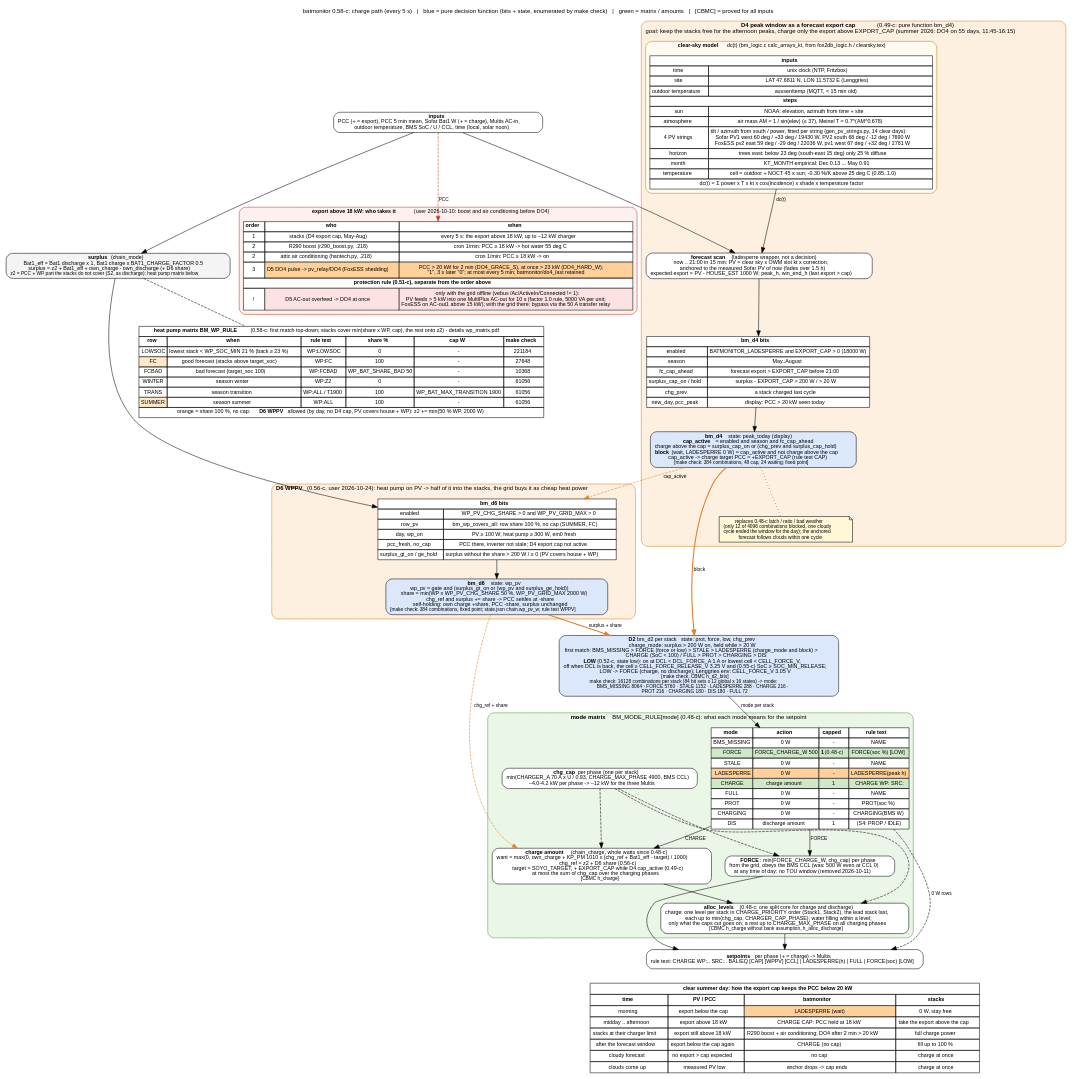
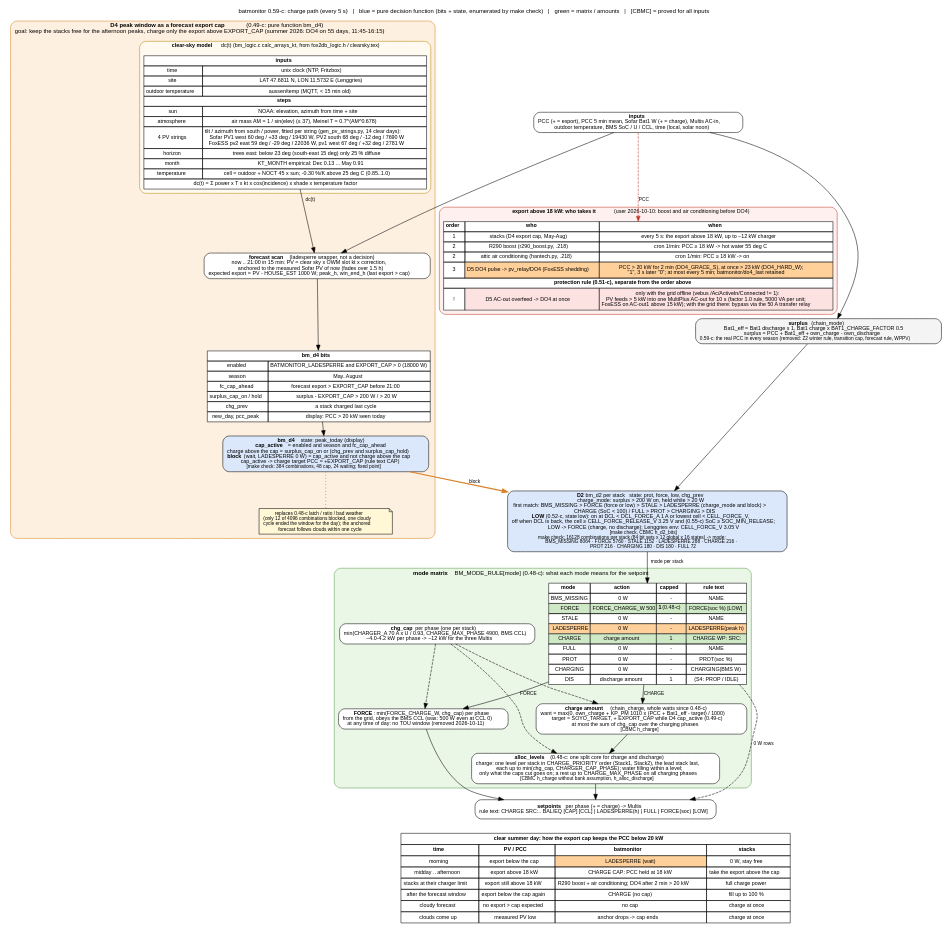
Before and after one commit to gerontec/victron: the diagram in docs/charge_flow.dot, drawn with Graphviz. The commit also changed 23 other files, not shown here.

First line of the commit message:
batmonitor 0.59-c: PCC near 0 in every season - removed the Z2 winter rule, the transition cap, the forecast rule with its bad-forecast cap, WPPV, WP_CAP and B1W; kept WP_SOC_MIN (21 %) as a discharge-only rule (WPLOW, SRC WPG at night)

```diff
--- a/docs/charge_flow.dot
+++ b/docs/charge_flow.dot
@@ -1,45 +1,18 @@
-// batmonitor 0.58-c: charge path of one cycle as decision matrices, with the summer peak window (D4 LADESPERRE)
+// batmonitor 0.59-c: charge path of one cycle as decision matrices, with the summer peak window (D4 LADESPERRE)
 // that keeps the stacks free in the morning so they take the midday PV and the PCC export stays below 20 kW.
 // render: dot -Tpdf charge_flow.dot -o charge_flow.pdf   (or -Tpng)
 digraph charge {
 	graph [rankdir=TB, fontname="Helvetica", fontsize=11, nodesep=0.35, ranksep=0.35, newrank=true,
-		   label="batmonitor 0.58-c: charge path (every 5 s)   |   blue = pure decision function (bits + state, enumerated by make check)   |   green = matrix / amounts   |   [CBMC] = proved for all inputs",
+		   label="batmonitor 0.59-c: charge path (every 5 s)   |   blue = pure decision function (bits + state, enumerated by make check)   |   green = matrix / amounts   |   [CBMC] = proved for all inputs",
 		   labelloc=t];
 	node [shape=box, style="rounded,filled", fillcolor="#f4f4f4", fontname="Helvetica", fontsize=10];
 	edge [fontname="Helvetica", fontsize=9];
 
 	in [label=<<b>inputs</b><br/>PCC (+ = export), PCC 5 min mean, Sofar Bat1 W (+ = charge), Multis AC-in,<br/>outdoor temperature, BMS SoC / U / CCL, time (local, solar noon)>, fillcolor="#ffffff"];
 
-	surplus [label=<<b>surplus</b> (chain_mode)<br/>Bat1_eff = Bat1 discharge x 1, Bat1 charge x BAT1_CHARGE_FACTOR 0.5<br/>surplus = z2 + Bat1_eff + own_charge - own_discharge (+ D6 share)<br/><font point-size="9">z2 = PCC + WP part the stacks do not cover (S2, as discharge): heat pump matrix below</font>>];
+	surplus [label=<<b>surplus</b> (chain_mode)<br/>Bat1_eff = Bat1 discharge x 1, Bat1 charge x BAT1_CHARGE_FACTOR 0.5<br/>surplus = PCC + Bat1_eff + own_charge - own_discharge<br/><font point-size="9">0.59-c: the real PCC in every season (removed: Z2 winter rule, transition cap, forecast rule, WPPV)</font>>];
 
-	subgraph cluster_d6 {
-		label=<<b>D6 WPPV</b> (0.56-c, user 2026-10-24): heat pump on PV -&gt; half of it into the stacks, the grid buys it as cheap heat power>;
-		style="rounded,filled"; fillcolor="#fdf0e0"; color="#d9822b"; fontsize=11;
-		d6bits [shape=plain, label=<
-			<table border="0" cellborder="1" cellspacing="0" cellpadding="3" bgcolor="#ffffff">
-			<tr><td colspan="2"><b>bm_d6 bits</b></td></tr>
-			<tr><td>enabled</td><td>WP_PV_CHG_SHARE &gt; 0 and WP_PV_GRID_MAX &gt; 0</td></tr>
-			<tr><td>row_pv</td><td>bm_wp_covers_all: row share 100 %, no cap (SUMMER, FC)</td></tr>
-			<tr><td>day, wp_on</td><td>PV &ge; 100 W; heat pump &ge; 300 W, em0 fresh</td></tr>
-			<tr><td>pcc_fresh, no_cap</td><td>PCC there, inverter not stale; D4 export cap not active</td></tr>
-			<tr><td>surplus_gt_on / ge_hold</td><td>surplus without the share &gt; 200 W / &ge; 0 (PV covers house + WP)</td></tr>
-			</table>>];
-		d6 [label=<<b>bm_d6</b>   state: wp_pv<br/>wp_pv = gate and (surplus_gt_on or (wp_pv and surplus_ge_hold))<br/>share = min(WP x WP_PV_CHG_SHARE 50 %, WP_PV_GRID_MAX 2000 W)<br/>chg_ref and surplus += share -&gt; PCC settles at -share<br/>self-holding: own charge +share, PCC -share, surplus unchanged<br/><font point-size="9">[make check: 384 combinations, fixed point; state.json chain.wp_pv_w; rule text WPPV]</font>>, fillcolor="#dbe8fb"];
-		d6bits -> d6;
-	}
 
-	wpm [shape=plain, label=<
-			<table border="0" cellborder="1" cellspacing="0" cellpadding="3" bgcolor="#ffffff">
-			<tr><td colspan="6"><b>heat pump matrix BM_WP_RULE</b> (0.58-c: first match top-down; stacks cover min(share x WP, cap), the rest onto z2) - details wp_matrix.pdf</td></tr>
-			<tr><td><b>row</b></td><td><b>when</b></td><td><b>rule text</b></td><td><b>share %</b></td><td><b>cap W</b></td><td><b>make check</b></td></tr>
-			<tr><td>LOWSOC</td><td>lowest stack &lt; WP_SOC_MIN 21 % (back &ge; 23 %)</td><td>WP:LOWSOC</td><td>0</td><td>-</td><td>221184</td></tr>
-			<tr><td bgcolor="#fde9c8">FC</td><td>good forecast (stacks above target_soc)</td><td>WP:FC</td><td>100</td><td>-</td><td>27648</td></tr>
-			<tr><td>FCBAD</td><td>bad forecast (target_soc 100)</td><td>WP:FCBAD</td><td>WP_BAT_SHARE_BAD 50</td><td>-</td><td>10368</td></tr>
-			<tr><td>WINTER</td><td>season winter</td><td>WP:Z2</td><td>0</td><td>-</td><td>61056</td></tr>
-			<tr><td>TRANS</td><td>season transition</td><td>WP:ALL / T1900</td><td>100</td><td>WP_BAT_MAX_TRANSITION 1900</td><td>61056</td></tr>
-			<tr><td bgcolor="#fde9c8">SUMMER</td><td>season summer</td><td>WP:ALL</td><td>100</td><td>-</td><td>61056</td></tr>
-			<tr><td colspan="6">orange = share 100 %, no cap: <b>D6 WPPV</b> allowed (by day, no D4 cap, PV covers house + WP): z2 += min(50 % WP, 2000 W)</td></tr>
-			</table>>];
 
 	subgraph cluster_d4 {
 		label=<<b>D4 peak window as a forecast export cap</b> (0.49-c: pure function bm_d4)<br/>goal: keep the stacks free for the afternoon peaks, charge only the export above EXPORT_CAP (summer 2026: DO4 on 55 days, 11:45-16:15)>;
@@ -100,7 +73,7 @@
 			<tr><td>DIS</td><td>discharge amount</td><td>1</td><td>(S4: PROP / IDLE)</td></tr>
 			</table>>];
 		force [label=<<b>FORCE</b>: min(FORCE_CHARGE_W, chg_cap) per phase<br/>from the grid, obeys the BMS CCL (was: 500 W even at CCL 0)<br/>at any time of day: no TOU window (removed 2026-10-11)>, fillcolor="#ffffff"];
-		amount [label=<<b>charge amount</b> (chain_charge, whole watts since 0.48-c)<br/>want = max(0, own_charge + KP_PM 1010 x (chg_ref + Bat1_eff - target) / 1000)<br/>chg_ref = z2 + D6 share (0.56-c)<br/>target = SOYO_TARGET, + EXPORT_CAP while D4 cap_active (0.49-c)<br/>at most the sum of chg_cap over the charging phases<br/><font point-size="9">[CBMC h_charge]</font>>, fillcolor="#ffffff"];
+		amount [label=<<b>charge amount</b> (chain_charge, whole watts since 0.48-c)<br/>want = max(0, own_charge + KP_PM 1010 x (PCC + Bat1_eff - target) / 1000)<br/>target = SOYO_TARGET, + EXPORT_CAP while D4 cap_active (0.49-c)<br/>at most the sum of chg_cap over the charging phases<br/><font point-size="9">[CBMC h_charge]</font>>, fillcolor="#ffffff"];
 		caps [label=<<b>chg_cap</b> per phase (one per stack)<br/>min(CHARGER_A 70 A x U / 0.93, CHARGE_MAX_PHASE 4900, BMS CCL)<br/>~4.0-4.2 kW per phase -&gt; ~12 kW for the three Multis>, fillcolor="#ffffff"];
 		alloc [label=<<b>alloc_levels</b> (0.48-c: one split core for charge and discharge)<br/>charge: one level per stack in CHARGE_PRIORITY order (Stack1, Stack2), the lead stack last,<br/>each up to min(chg_cap, CHARGER_CAP_PHASE); water filling within a level;<br/>only what the caps cut goes on; a rest up to CHARGE_MAX_PHASE on all charging phases<br/><font point-size="9">[CBMC h_charge without bank assumption, h_alloc_discharge]</font>>, fillcolor="#ffffff"];
 		mrule -> force [label=" FORCE"];
@@ -126,7 +99,7 @@
 			</table>>];
 	}
 
-	out [label=<<b>setpoints</b> per phase (+ = charge) -&gt; Multis<br/>rule text: CHARGE WP:.. SRC:.. BAL/EQ [CAP] [WPPV] [CCL] | LADESPERRE(h) | FULL | FORCE(soc) [LOW]>, fillcolor="#ffffff"];
+	out [label=<<b>setpoints</b> per phase (+ = charge) -&gt; Multis<br/>rule text: CHARGE SRC:.. BAL/EQ [CAP] [CCL] | LADESPERRE(h) | FULL | FORCE(soc) [LOW]>, fillcolor="#ffffff"];
 
 	timeline [shape=plain, label=<
 		<table border="0" cellborder="1" cellspacing="0" cellpadding="4" bgcolor="#ffffff">
@@ -140,12 +113,7 @@
 		<tr><td>clouds come up</td><td>measured PV low</td><td>anchor drops -&gt; cap ends</td><td>charge at once</td></tr>
 		</table>>];
 
-	in -> surplus;
-	surplus -> d6bits;
-	d6 -> d2 [color="#d9822b", penwidth=2, label=" surplus + share"];
-	d6 -> amount [color="#d9822b", style=dashed, label=" chg_ref + share"];
-	surplus -> wpm [style=dashed, arrowhead=none];
-	d4 -> d6bits [style=dashed, color="#d9822b", label=" cap_active"];
+	in -> surplus -> d2;
 	in -> model;
 	in -> prio [style=dashed, label=" PCC", color="#c0392b"];
 	d4 -> d2 [color="#d9822b", penwidth=2, label=" block"];
```
